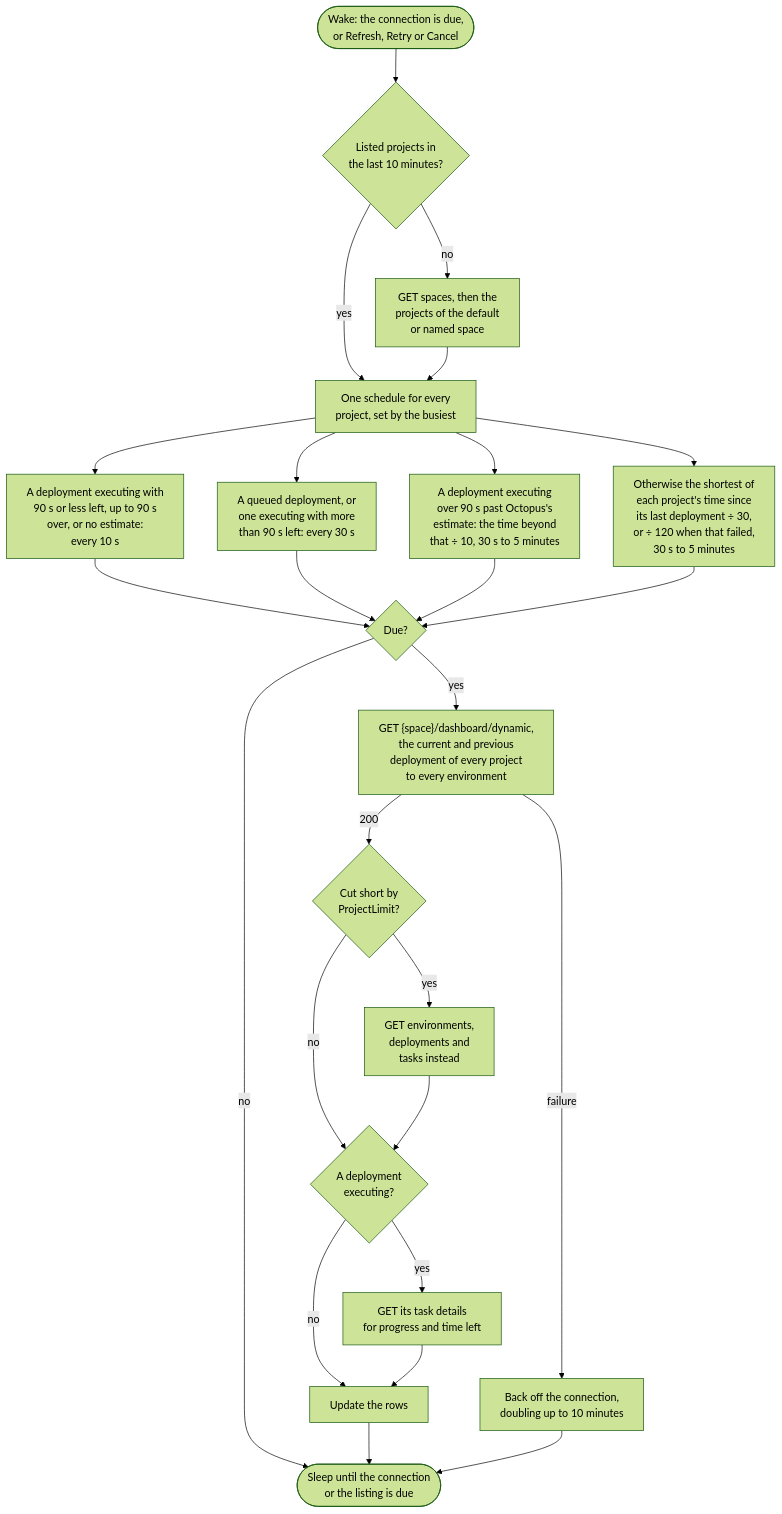
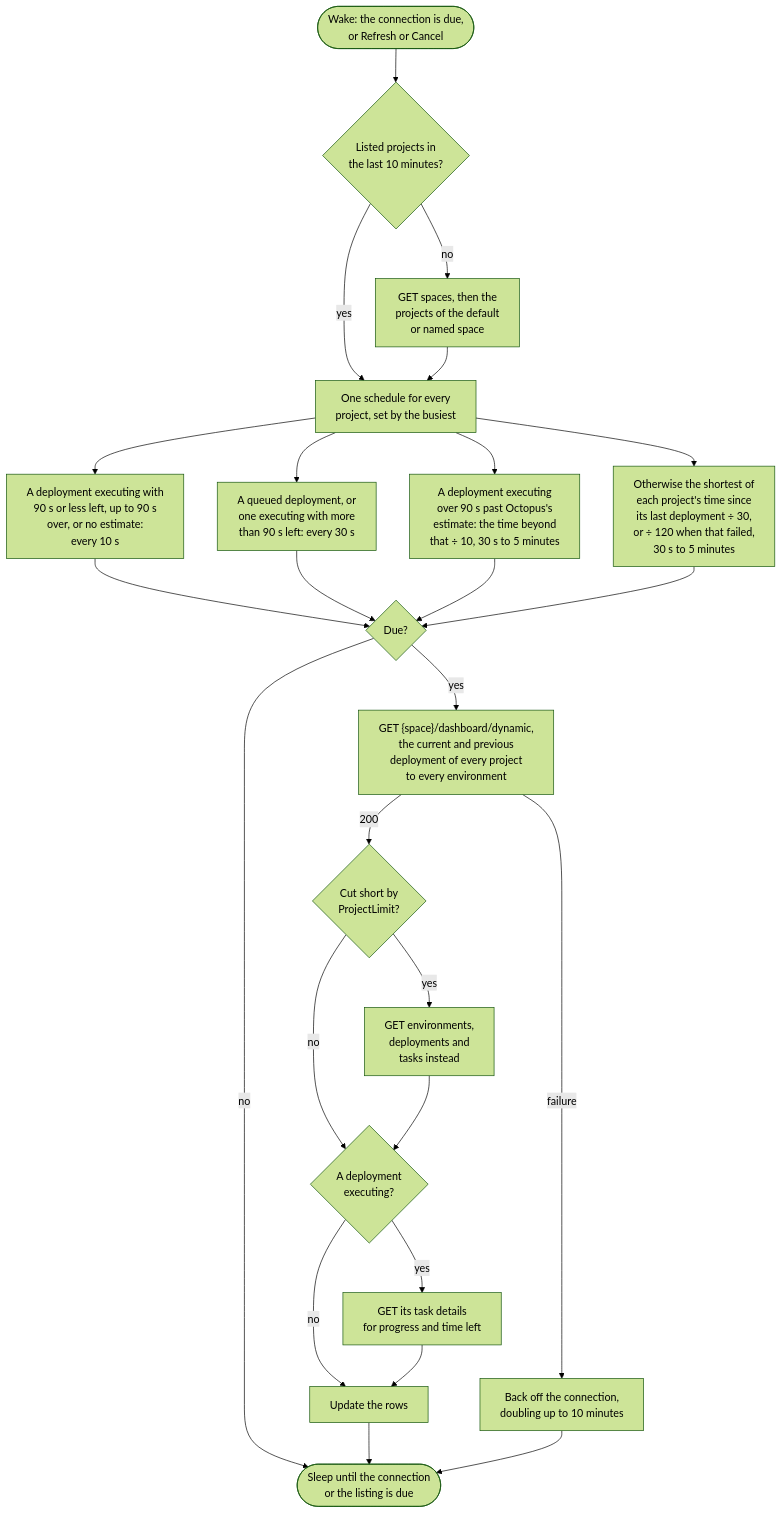
The diagram in docs/mdsource/providers/octopus.source.md (SimonCropp/BuildMonitor), drawn with Mermaid (forest theme) before and after one commit. The commit also changed other lines of this file and 4 other files, not shown here.

````diff
--- a/docs/mdsource/providers/octopus.source.md
+++ b/docs/mdsource/providers/octopus.source.md
@@ -37,32 +38,32 @@
 ```mermaid
 ---
 config:
   flowchart:
     wrappingWidth: 400
 ---
 flowchart TD
-    wake(["Wake: the connection is due,<br/>or Refresh, Retry or Cancel"]) --> listed{"Listed projects in<br/>the last 10 minutes?"}
+    wake(["Wake: the connection is due,<br/>or Refresh or Cancel"]) --> listed{"Listed projects in<br/>the last 10 minutes?"}
     listed -- "no" --> discover["GET spaces, then the<br/>projects of the default<br/>or named space"]
     listed -- "yes" --> interval["One schedule for every<br/>project, set by the busiest"]
     discover --> interval
     interval --> finishing["A deployment executing with<br/>90 s or less left, up to 90 s<br/>over, or no estimate:<br/>every 10 s"]
     interval --> running["A queued deployment, or<br/>one executing with more<br/>than 90 s left: every 30 s"]
     interval --> overrun["A deployment executing<br/>over 90 s past Octopus's<br/>estimate: the time beyond<br/>that ÷ 10, 30 s to 5 minutes"]
     interval --> quiet["Otherwise the shortest of<br/>each project's time since<br/>its last deployment ÷ 30,<br/>or ÷ 120 when that failed,<br/>30 s to 5 minutes"]
     finishing --> due{"Due?"}
     running --> due
     overrun --> due
     quiet --> due
     due -- "no" --> sleep(["Sleep until the connection<br/>or the listing is due"])
     due -- "yes" --> fetch["GET {space}/dashboard/dynamic,<br/>the current and previous<br/>deployment of every project<br/>to every environment"]
     fetch -- "200" --> limited{"Cut short by<br/>ProjectLimit?"}
     limited -- "yes" --> separately["GET environments,<br/>deployments and<br/>tasks instead"]
     limited -- "no" --> executing{"A deployment<br/>executing?"}
     separately --> executing
     executing -- "yes" --> details["GET its task details<br/>for progress and time left"]
     executing -- "no" --> rows["Update the rows"]
     details --> rows
     fetch -- "failure" --> backoff["Back off the connection,<br/>doubling up to 10 minutes"]
     rows --> sleep
     backoff --> sleep
 ```
````
